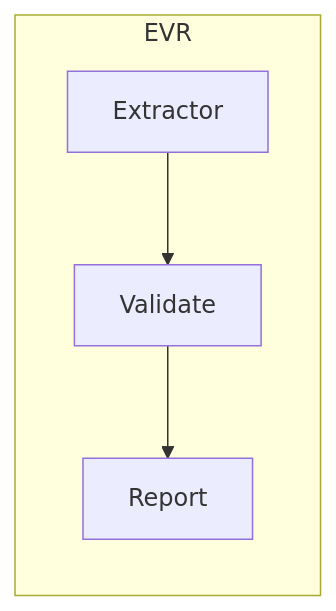
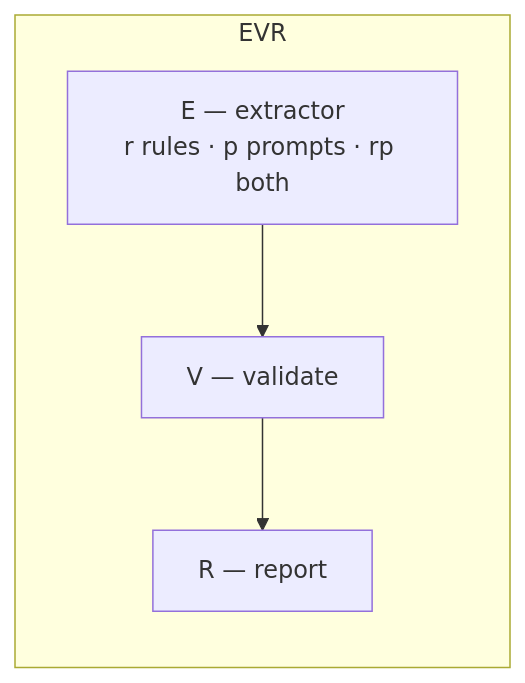
Before and after one commit to mariogarcia-ar/docflow: the first of 8 diagrams in workflow.md, drawn with Mermaid. The commit also changed other lines of this file and 1 other file, not shown here.

Commit message:
Refactor documentation for input pipelines, updating terminology and notation for clarity on materials and extractor modes.

````diff
--- a/workflow.md
+++ b/workflow.md
@@ -87,6 +106,6 @@
 ```mermaid
 graph LR
     subgraph EVR["EVR"]
-        B["Extractor"] --> C["Validate"] --> D["Report"]
+        B["E — extractor<br/>r rules · p prompts · rp both"] --> C["V — validate"] --> D["R — report"]
     end
 ```
````
